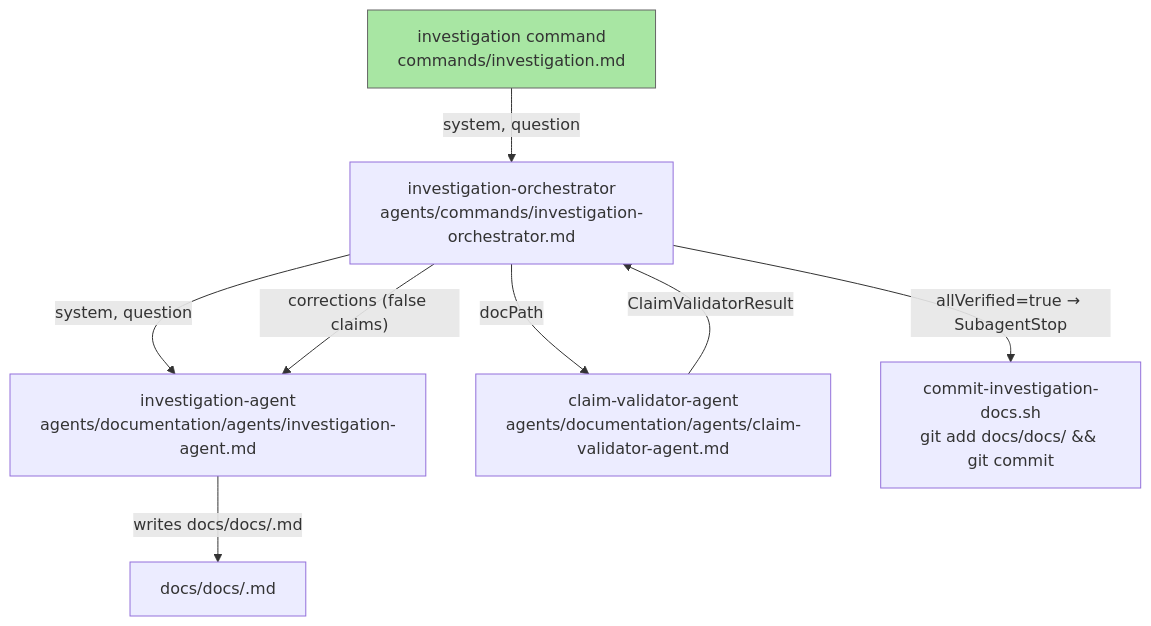
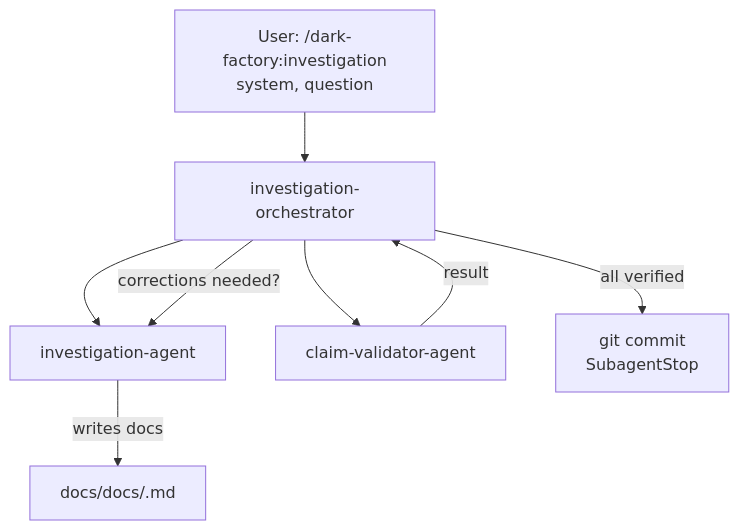
The diagram in docs/docs/investigation-command.md (lewibs/dark-factory), drawn with Mermaid before and after one commit. The commit also changed other lines of this file and 11 other files, not shown here.

````diff
--- a/docs/docs/investigation-command.md
+++ b/docs/docs/investigation-command.md
@@ -13,12 +7,10 @@
 ```mermaid
 flowchart TD
-  CMD["investigation command\ncommands/investigation.md"]:::entry -->|"system, question"| ORC["investigation-orchestrator\nagents/commands/investigation-orchestrator.md"]
-  ORC -->|"system, question"| IA["investigation-agent\nagents/documentation/agents/investigation-agent.md"]
-  IA -->|"writes docs/docs/<system>.md"| DOC["docs/docs/<system>.md"]
-  ORC -->|"docPath"| CV["claim-validator-agent\nagents/documentation/agents/claim-validator-agent.md"]
-  CV -->|"ClaimValidatorResult"| ORC
-  ORC -->|"corrections (false claims)"| IA
-  ORC -->|"allVerified=true → SubagentStop"| HOOK["commit-investigation-docs.sh\ngit add docs/docs/ && git commit"]
-
-classDef entry fill:#a8e6a3,stroke:#666,stroke-width:1px;
+  User["User: /dark-factory:investigation<br/>system, question"] --> ORC["investigation-orchestrator"]
+  ORC --> IA["investigation-agent"]
+  IA -->|"writes docs"| DOC["docs/docs/<system>.md"]
+  ORC --> CV["claim-validator-agent"]
+  CV -->|"result"| ORC
+  ORC -->|"corrections needed?"| IA
+  ORC -->|"all verified"| HOOK["git commit<br/>SubagentStop"]
 ```
````
